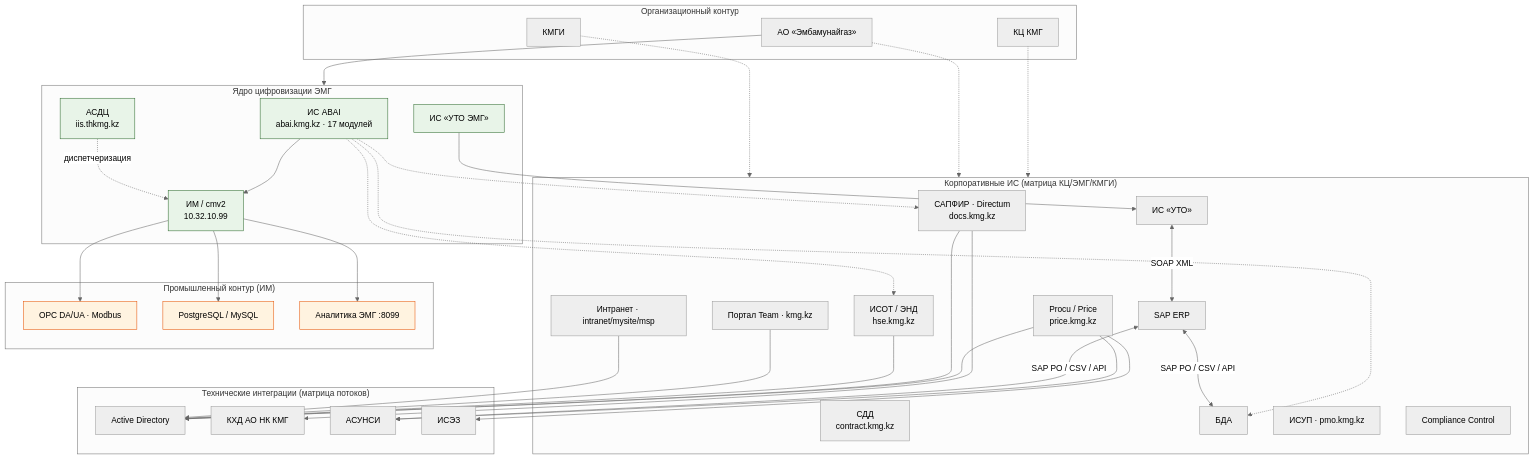
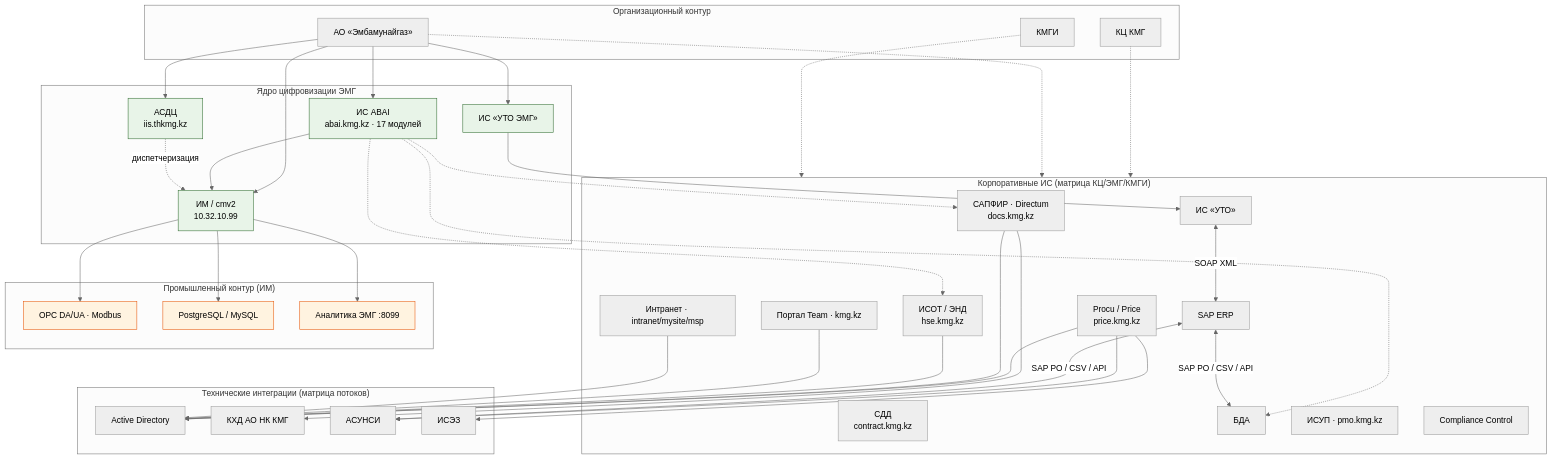
Before and after one commit to KMNV777/main_arsen: the first of 7 diagrams in docs/architecture-emg-integrations.md, drawn with Mermaid (neutral theme). The commit also changed 16 other files, not shown here.

Commit message:
Improve EMG draw.io architecture diagrams

````diff
--- a/docs/architecture-emg-integrations.md
+++ b/docs/architecture-emg-integrations.md
@@ -38,62 +38,65 @@
 ```mermaid
 flowchart TB
     subgraph Org["Организационный контур"]
         KC["КЦ КМГ"]
         EMG["АО «Эмбамунайгаз»"]
         KMGI["КМГИ"]
     end
 
     subgraph CoreEMG["Ядро цифровизации ЭМГ"]
         ABAI["ИС ABAI<br/>abai.kmg.kz · 17 модулей"]
         IM["ИМ / cmv2<br/>10.32.10.99"]
         ASDC["АСДЦ<br/>iis.thkmg.kz"]
         UTOEMG["ИС «УТО ЭМГ»"]
     end
 
     subgraph CorpIS["Корпоративные ИС (матрица КЦ/ЭМГ/КМГИ)"]
         SAPFIR["САПФИР · Directum<br/>docs.kmg.kz"]
         ISOT["ИСОТ / ЭНД<br/>hse.kmg.kz"]
         SAPP["SAP ERP"]
         UTO["ИС «УТО»"]
         SDD["СДД<br/>contract.kmg.kz"]
         Procu["Procu / Price<br/>price.kmg.kz"]
         BDA["БДА"]
         Team["Портал Team · kmg.kz"]
         Intranet["Интранет · intranet/mysite/msp"]
         ISUP["ИСУП · pmo.kmg.kz"]
         Compliance["Compliance Control"]
     end
 
     subgraph TechInt["Технические интеграции (матрица потоков)"]
         AD["Active Directory"]
         KHD["КХД АО НК КМГ"]
         ASUNSI["АСУНСИ"]
         ISEZ["ИСЭЗ"]
     end
 
     subgraph OT["Промышленный контур (ИМ)"]
         OPC["OPC DA/UA · Modbus"]
         PG["PostgreSQL / MySQL"]
         Analytics["Аналитика ЭМГ :8099"]
     end
 
     KC & EMG & KMGI -.-> CorpIS
-    EMG --> CoreEMG
+    EMG --> ABAI
+    EMG --> IM
+    EMG --> ASDC
+    EMG --> UTOEMG
     ABAI --> IM
     IM --> OPC & PG
     IM --> Analytics
     ASDC -.->|"диспетчеризация"| IM
 
     ABAI -.-> SAPFIR & ISOT & BDA
     UTOEMG --> UTO
     UTO <-->|SOAP XML| SAPP
     Procu --> ASUNSI & ISEZ
     Procu & SAPFIR & ISOT & Team & Intranet --> AD
     SAPP <-->|SAP PO / CSV / API| ASUNSI & BDA
     SAPFIR --> KHD
 
     classDef emg fill:#e8f4e8,stroke:#2d6a2d
     classDef ot fill:#fff3e0,stroke:#e65100
     class ABAI,IM,UTOEMG,ASDC emg
     class OPC,PG,Analytics ot
 ```
````
